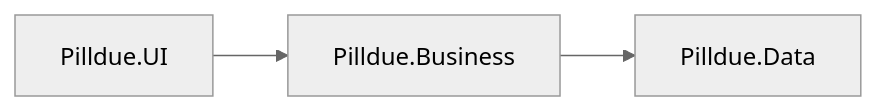
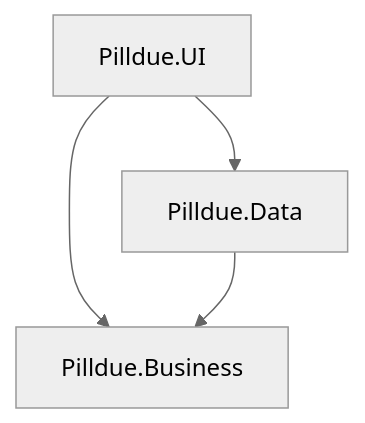
One commit to djordjevics/pilldue changed the diagram in docs/architecture.md. Above: the diagram before and after it, drawn with Mermaid (neutral theme). The commit also changed other lines of this file and 4 other files, not shown here.

First line of the commit message:
Document v1 use cases and target DIP architecture.

````diff
--- a/docs/architecture.md
+++ b/docs/architecture.md
@@ -48,5 +47,6 @@
 ```mermaid
-flowchart LR
+flowchart TB
   UI[Pilldue.UI] --> Business[Pilldue.Business]
-  Business --> Data[Pilldue.Data]
+  UI --> Data[Pilldue.Data]
+  Data --> Business
 ```
````
